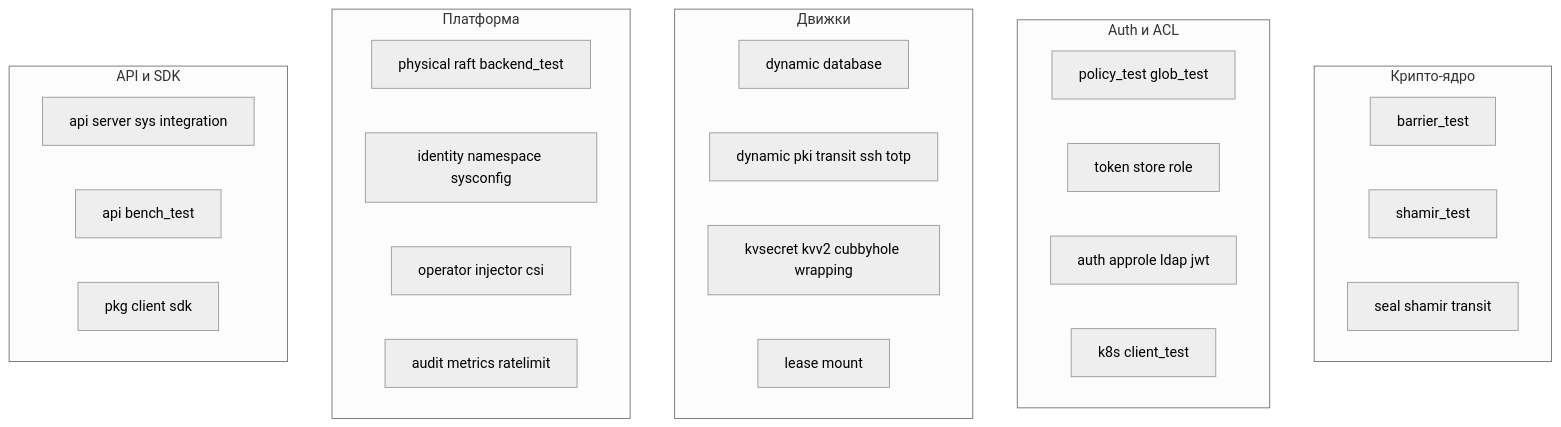
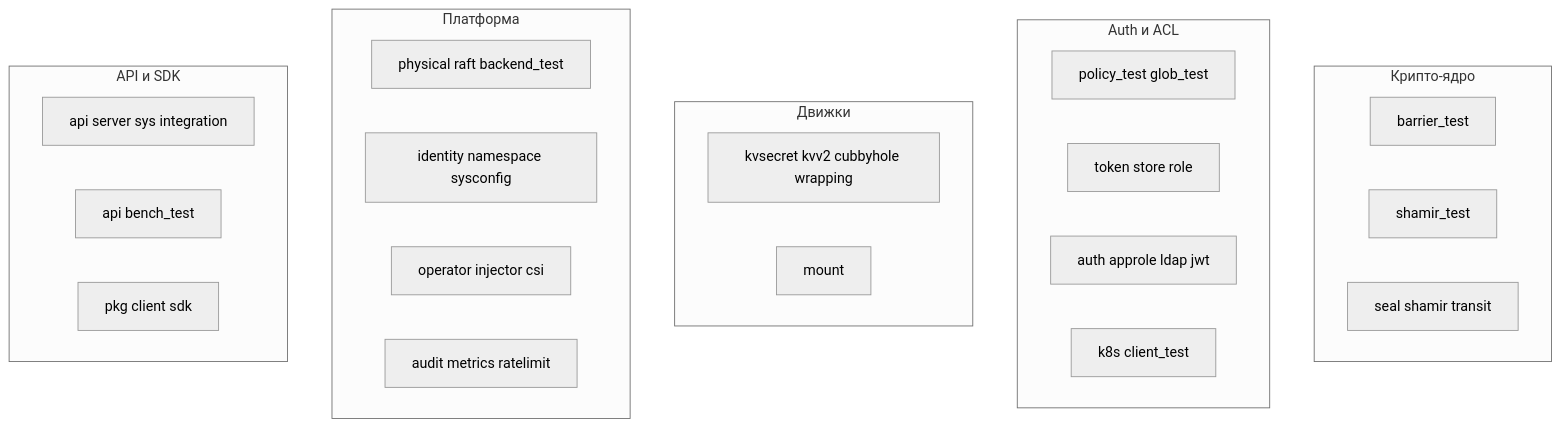
Before and after one commit to NAGenaev/tuck: the first of 3 diagrams in docs/06-testing.md, drawn with Mermaid (neutral theme). The commit also changed other lines of this file and 114 other files, not shown here.

First line of the commit message:
refactor: remove PKI, Transit, SSH, TOTP, Database engines and leases

````diff
--- a/docs/06-testing.md
+++ b/docs/06-testing.md
@@ -24,31 +24,29 @@
 ```mermaid
 flowchart TB
     subgraph crypto["Крипто-ядро"]
         t1[barrier_test]
         t2[shamir_test]
         t3[seal shamir transit]
     end
     subgraph authz["Auth и ACL"]
         t4[policy_test glob_test]
         t5[token store role]
         t6[auth approle ldap jwt]
         t7[k8s client_test]
     end
     subgraph engines["Движки"]
-        t8[dynamic database]
-        t9[dynamic pki transit ssh totp]
         t10[kvsecret kvv2 cubbyhole wrapping]
-        t11[lease mount]
+        t11[mount]
     end
     subgraph platform["Платформа"]
         t12[physical raft backend_test]
         t14[identity namespace sysconfig]
         t15[operator injector csi]
         t16[audit metrics ratelimit]
     end
     subgraph api["API и SDK"]
         t17[api server sys integration]
         t18[api bench_test]
         t19[pkg client sdk]
     end
 ```
````
